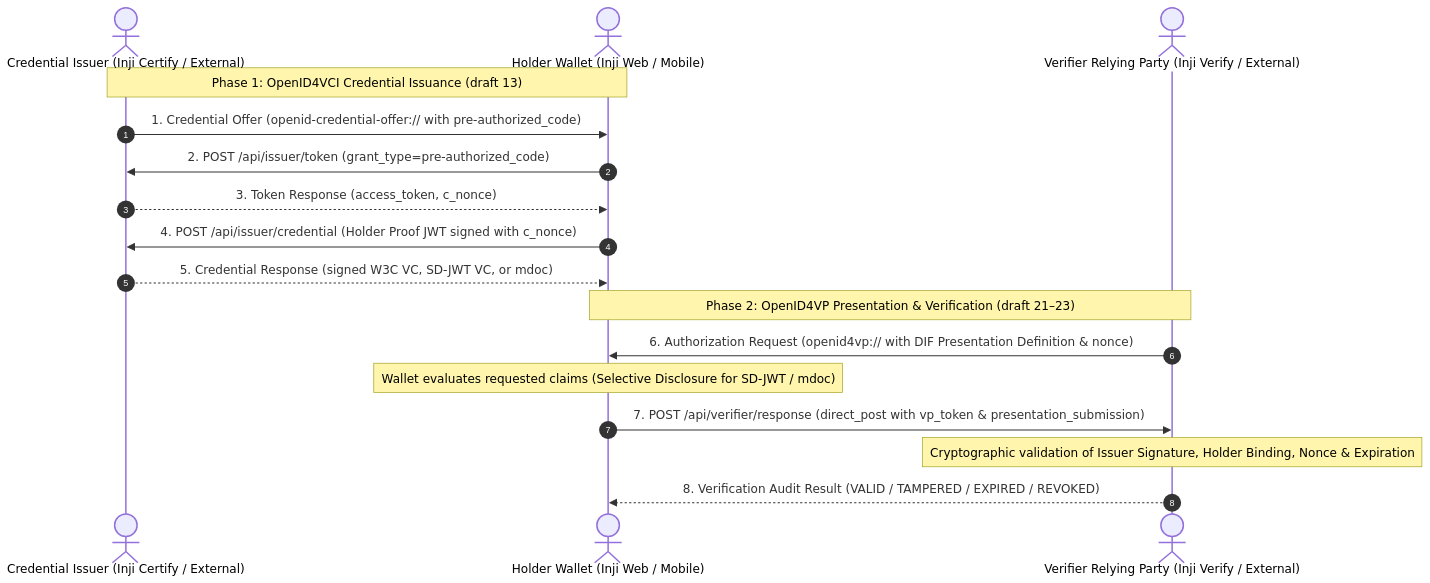
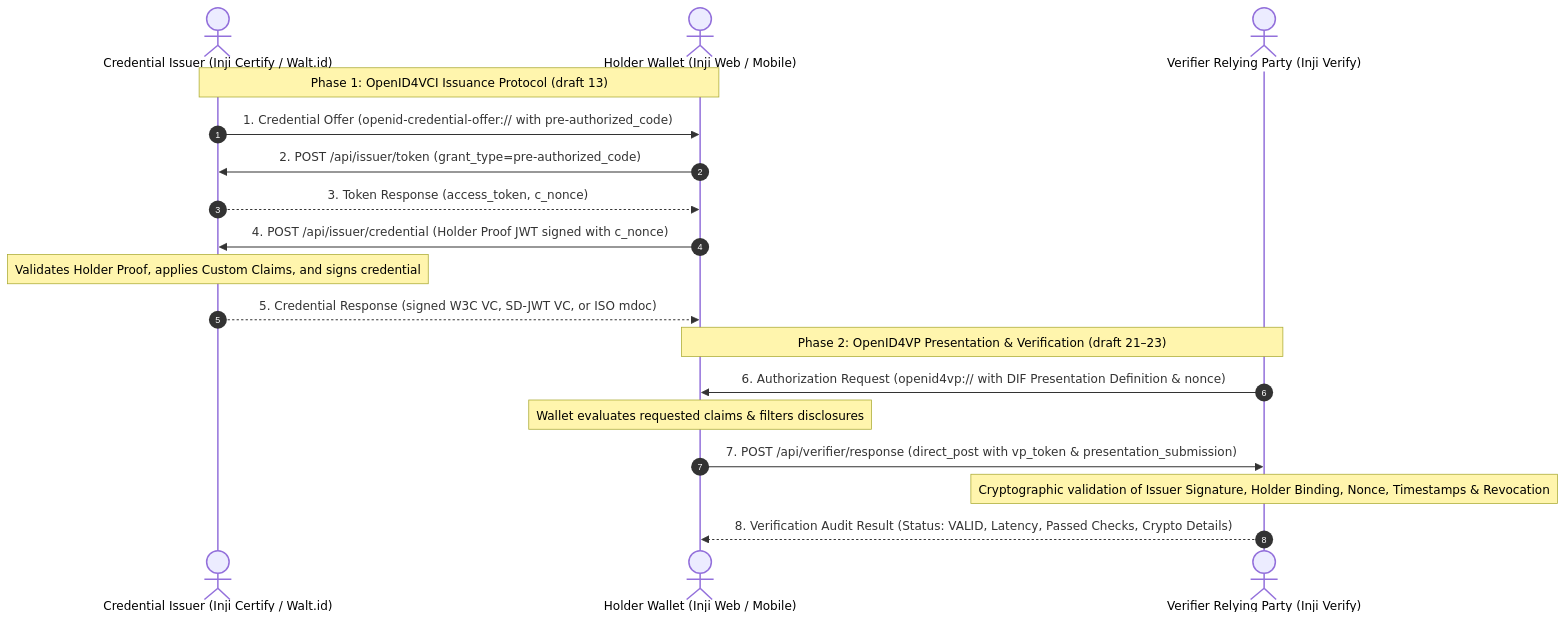
One commit to Jay1q2w/Interoperability-Playground-for-Verifiable-Credentials changed the second of 2 diagrams in README.md. Above: the diagram before and after it, drawn with Mermaid. The commit also changed other lines of this file and 2 other files, not shown here.

Commit message:
docs(readme): add Team !Paradox! metadata, document 3-section editorial layout, custom claims, and external verification engine

````diff
--- a/README.md
+++ b/README.md
@@ -138,21 +167,22 @@
 ```mermaid
 sequenceDiagram
     autonumber
-    actor Issuer as Credential Issuer (Inji Certify / External)
+    actor Issuer as Credential Issuer (Inji Certify / Walt.id)
     actor Wallet as Holder Wallet (Inji Web / Mobile)
-    actor Verifier as Verifier Relying Party (Inji Verify / External)
+    actor Verifier as Verifier Relying Party (Inji Verify)
 
-    Note over Issuer,Wallet: Phase 1: OpenID4VCI Credential Issuance (draft 13)
+    Note over Issuer,Wallet: Phase 1: OpenID4VCI Issuance Protocol (draft 13)
     Issuer->>Wallet: 1. Credential Offer (openid-credential-offer:// with pre-authorized_code)
     Wallet->>Issuer: 2. POST /api/issuer/token (grant_type=pre-authorized_code)
     Issuer-->>Wallet: 3. Token Response (access_token, c_nonce)
     Wallet->>Issuer: 4. POST /api/issuer/credential (Holder Proof JWT signed with c_nonce)
-    Issuer-->>Wallet: 5. Credential Response (signed W3C VC, SD-JWT VC, or mdoc)
+    Note over Issuer: Validates Holder Proof, applies Custom Claims, and signs credential
+    Issuer-->>Wallet: 5. Credential Response (signed W3C VC, SD-JWT VC, or ISO mdoc)
 
     Note over Wallet,Verifier: Phase 2: OpenID4VP Presentation & Verification (draft 21–23)
     Verifier->>Wallet: 6. Authorization Request (openid4vp:// with DIF Presentation Definition & nonce)
-    Note over Wallet: Wallet evaluates requested claims (Selective Disclosure for SD-JWT / mdoc)
+    Note over Wallet: Wallet evaluates requested claims & filters disclosures
     Wallet->>Verifier: 7. POST /api/verifier/response (direct_post with vp_token & presentation_submission)
-    Note over Verifier: Cryptographic validation of Issuer Signature, Holder Binding, Nonce & Expiration
-    Verifier-->>Wallet: 8. Verification Audit Result (VALID / TAMPERED / EXPIRED / REVOKED)
+    Note over Verifier: Cryptographic validation of Issuer Signature, Holder Binding, Nonce, Timestamps & Revocation
+    Verifier-->>Wallet: 8. Verification Audit Result (Status: VALID, Latency, Passed Checks, Crypto Details)
 ```
````
